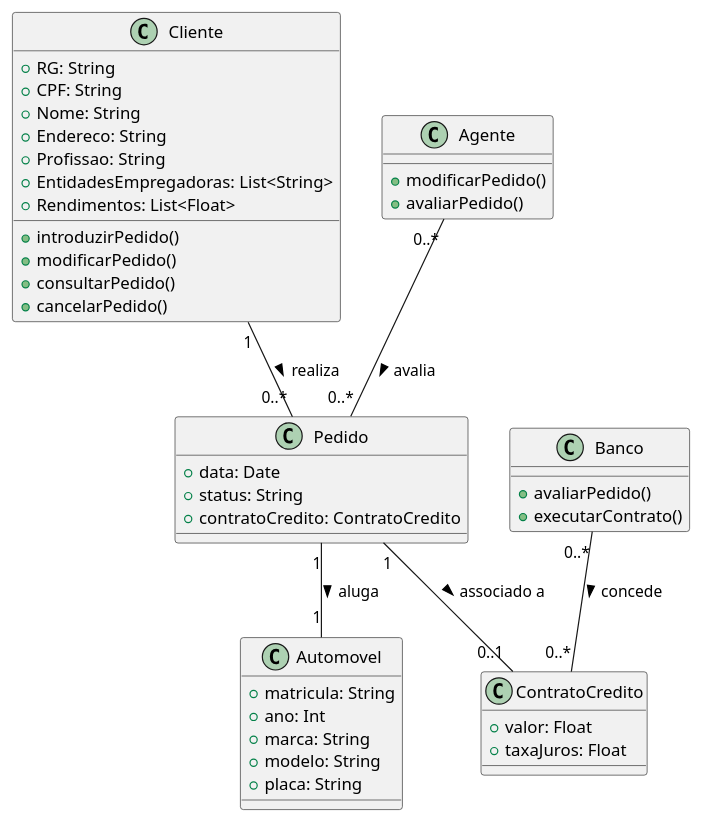
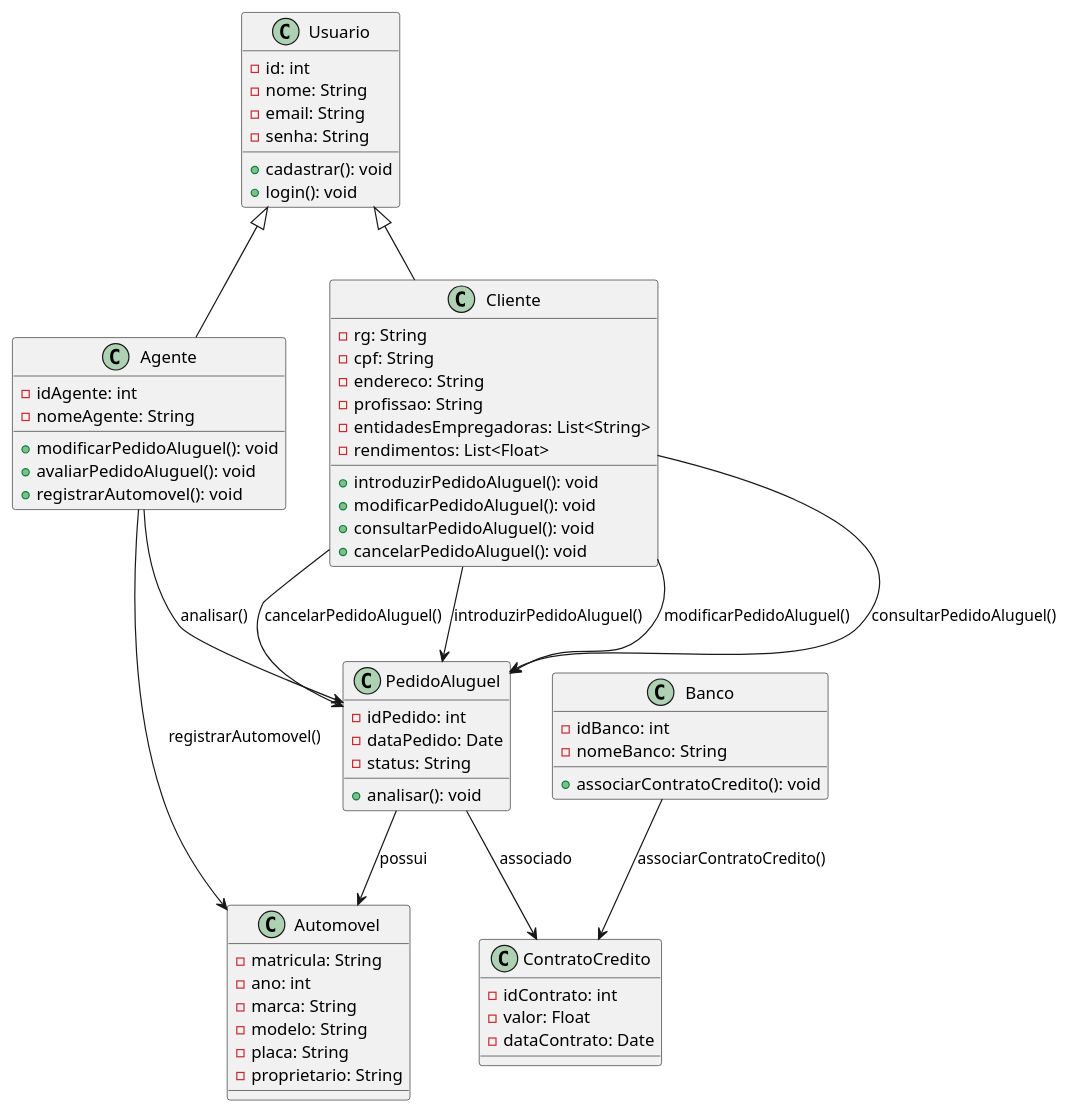
The diagram in project/code/DiagramaDeClasse.puml (PedroRamos98/Aluguel-De-Carros), drawn with PlantUML before and after one commit. The commit also changed 6 other files, not shown here.

```diff
--- a/project/code/DiagramaDeClasse.puml
+++ b/project/code/DiagramaDeClasse.puml
@@ -1,51 +1,74 @@
 @startuml
+
+' Define classes
+class Usuario {
+  -id: int
+  -nome: String
+  -email: String
+  -senha: String
+  +cadastrar(): void
+  +login(): void
+}
+
 class Cliente {
-    +RG: String
-    +CPF: String
-    +Nome: String
-    +Endereco: String
-    +Profissao: String
-    +EntidadesEmpregadoras: List<String>
-    +Rendimentos: List<Float>
-    +introduzirPedido()
-    +modificarPedido()
-    +consultarPedido()
-    +cancelarPedido()
+  -rg: String
+  -cpf: String
+  -endereco: String
+  -profissao: String
+  -entidadesEmpregadoras: List<String>
+  -rendimentos: List<Float>
+  +introduzirPedidoAluguel(): void
+  +modificarPedidoAluguel(): void
+  +consultarPedidoAluguel(): void
+  +cancelarPedidoAluguel(): void
 }
 
 class Agente {
-    +modificarPedido()
-    +avaliarPedido()
+  -idAgente: int
+  -nomeAgente: String
+  +modificarPedidoAluguel(): void
+  +avaliarPedidoAluguel(): void
+  +registrarAutomovel(): void
 }
 
 class Banco {
-    +avaliarPedido()
-    +executarContrato()
+  -idBanco: int
+  -nomeBanco: String
+  +associarContratoCredito(): void
 }
 
-class Pedido {
-    +data: Date
-    +status: String
-    +contratoCredito: ContratoCredito
+class PedidoAluguel {
+  -idPedido: int
+  -dataPedido: Date
+  -status: String
+  +analisar(): void
+}
+
+class Automovel {
+  -matricula: String
+  -ano: int
+  -marca: String
+  -modelo: String
+  -placa: String
+  -proprietario: String
 }
 
 class ContratoCredito {
-    +valor: Float
-    +taxaJuros: Float
+  -idContrato: int
+  -valor: Float
+  -dataContrato: Date
 }
 
-class Automovel {
-    +matricula: String
-    +ano: Int
-    +marca: String
-    +modelo: String
-    +placa: String
-}
-
-Cliente "1" -- "0..*" Pedido : realiza >
-Agente "0..*" -- "0..*" Pedido : avalia >
-Banco "0..*" -- "0..*" ContratoCredito : concede >
-Pedido "1" -- "1" Automovel : aluga >
-Pedido "1" -- "0..1" ContratoCredito : associado a >
+Usuario <|-- Cliente
+Usuario <|-- Agente
+Agente --> PedidoAluguel : analisar()
+Cliente --> PedidoAluguel : introduzirPedidoAluguel()
+Cliente --> PedidoAluguel : modificarPedidoAluguel()
+Cliente --> PedidoAluguel : consultarPedidoAluguel()
+Cliente --> PedidoAluguel : cancelarPedidoAluguel()
+Agente --> Automovel : registrarAutomovel()
+Banco --> ContratoCredito : associarContratoCredito()
+PedidoAluguel --> Automovel : possui
+PedidoAluguel --> ContratoCredito : associado
 
 @enduml
```
